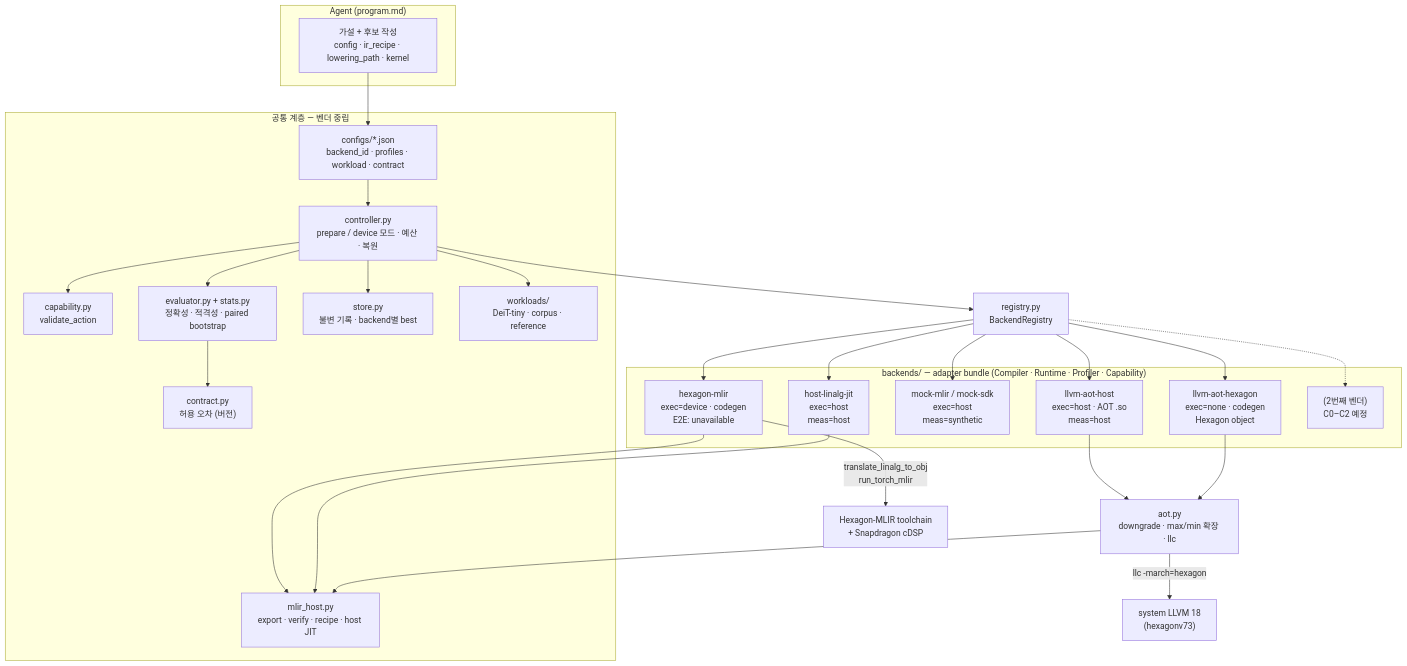
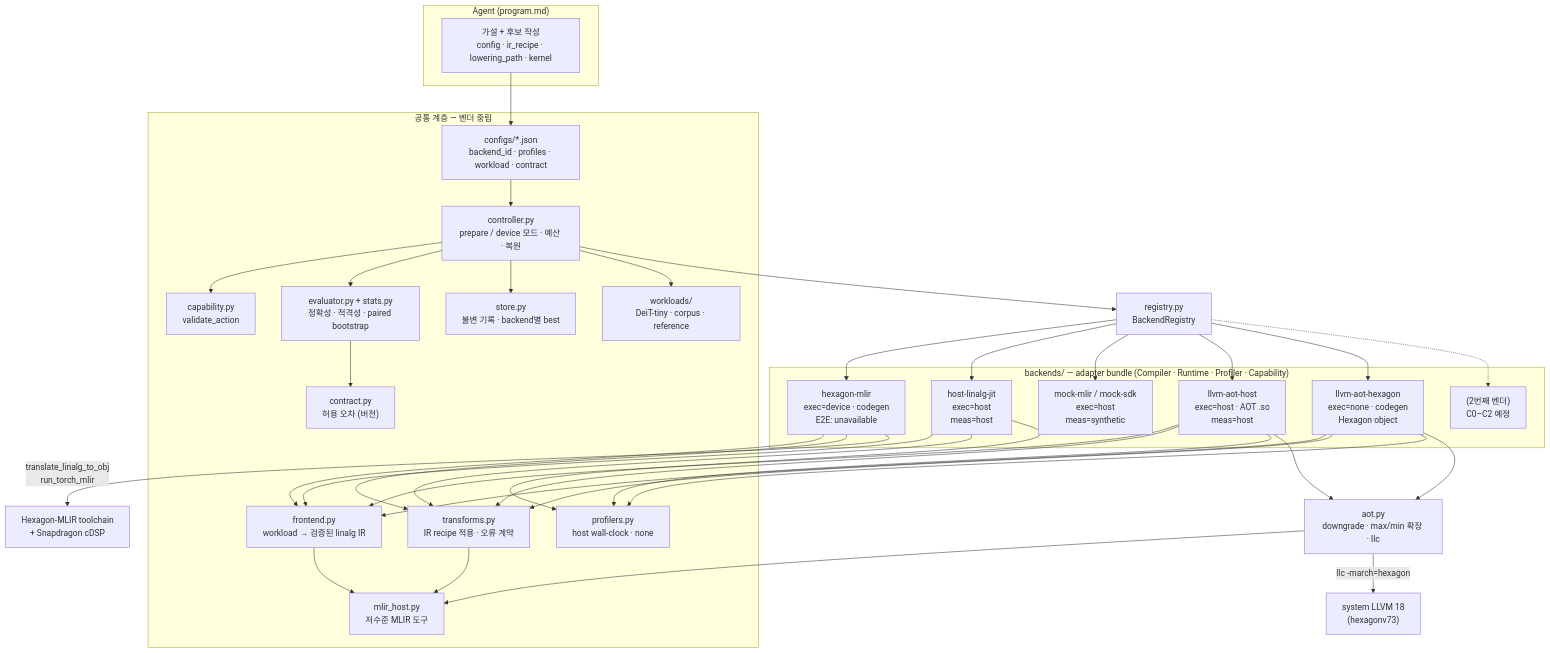
One commit to jimilee/demos changed the first of 5 diagrams in nux/README.md. Above: the diagram before and after it, drawn with Mermaid. The commit also changed other lines of this file and 7 other files, not shown here.

````diff
--- a/nux/README.md
+++ b/nux/README.md
@@ -108,45 +112,51 @@
 ```mermaid
 flowchart TB
     subgraph AGENT["Agent (program.md)"]
         A1["가설 + 후보 작성<br/>config · ir_recipe · lowering_path · kernel"]
     end
 
     subgraph COMMON["공통 계층 — 벤더 중립"]
         CFG["configs/*.json<br/>backend_id · profiles · workload · contract"]
         CTL["controller.py<br/>prepare / device 모드 · 예산 · 복원"]
         CAP["capability.py<br/>validate_action"]
         EVA["evaluator.py + stats.py<br/>정확성 · 적격성 · paired bootstrap"]
         CON["contract.py<br/>허용 오차 (버전)"]
         STO["store.py<br/>불변 기록 · backend별 best"]
         WL["workloads/<br/>DeiT-tiny · corpus · reference"]
-        MH["mlir_host.py<br/>export · verify · recipe · host JIT"]
+        FE["frontend.py<br/>workload → 검증된 linalg IR"]
+        TR["transforms.py<br/>IR recipe 적용 · 오류 계약"]
+        PR["profilers.py<br/>host wall-clock · none"]
+        MH["mlir_host.py<br/>저수준 MLIR 도구"]
     end
 
     REG["registry.py<br/>BackendRegistry"]
 
     subgraph BACKENDS["backends/ — adapter bundle (Compiler · Runtime · Profiler · Capability)"]
         HEX["hexagon-mlir<br/>exec=device · codegen<br/>E2E: unavailable"]
         HOST["host-linalg-jit<br/>exec=host<br/>meas=host"]
         MOCK["mock-mlir / mock-sdk<br/>exec=host<br/>meas=synthetic"]
         AOTH["llvm-aot-host<br/>exec=host · AOT .so<br/>meas=host"]
         AOTX["llvm-aot-hexagon<br/>exec=none · codegen<br/>Hexagon object"]
         NEXT["(2번째 벤더)<br/>C0–C2 예정"]
     end
 
     A1 --> CFG --> CTL
     CTL --> CAP
     CTL --> EVA
     EVA --> CON
     CTL --> STO
     CTL --> WL
     CTL --> REG
     REG --> HEX & HOST & MOCK & AOTH & AOTX
     REG -.-> NEXT
-    HEX --> MH
-    HOST --> MH
+    HEX & HOST & AOTH & AOTX --> FE
+    HEX & HOST & AOTH & AOTX --> TR
+    HOST & AOTH & AOTX --> PR
+    FE --> MH
+    TR --> MH
     AOTH --> AOTM["aot.py<br/>downgrade · max/min 확장 · llc"]
     AOTX --> AOTM
     AOTM --> MH
     AOTM -->|"llc -march=hexagon"| LLC["system LLVM 18<br/>(hexagonv73)"]
     HEX -->|"translate_linalg_to_obj<br/>run_torch_mlir"| SDK["Hexagon-MLIR toolchain<br/>+ Snapdragon cDSP"]
 ```
````
